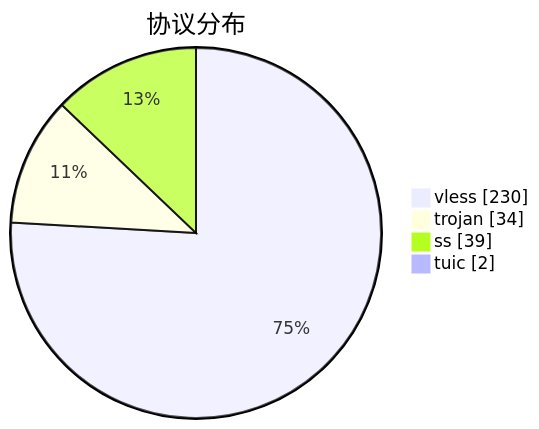
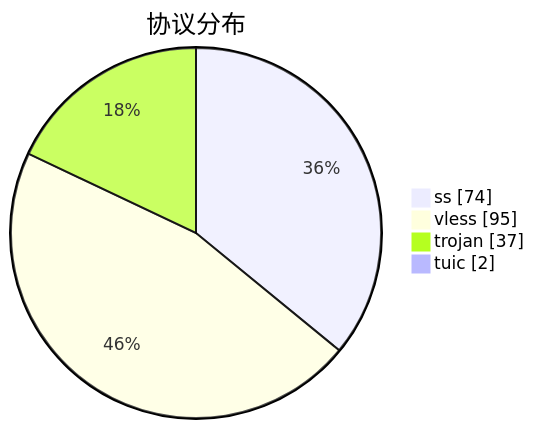
The third of 3 diagrams in subs/statistics/tested_within.md (qjlxg/airport), drawn with Mermaid before and after one commit. The commit also changed other lines of this file and 2 other files, not shown here.

````diff
--- a/subs/statistics/tested_within.md
+++ b/subs/statistics/tested_within.md
@@ -29,8 +24,8 @@
 ```mermaid
 pie showData
 title 协议分布
-"vless" : 230
-"trojan" : 34
-"ss" : 39
+"ss" : 74
+"vless" : 95
+"trojan" : 37
 "tuic" : 2
 ```
````
